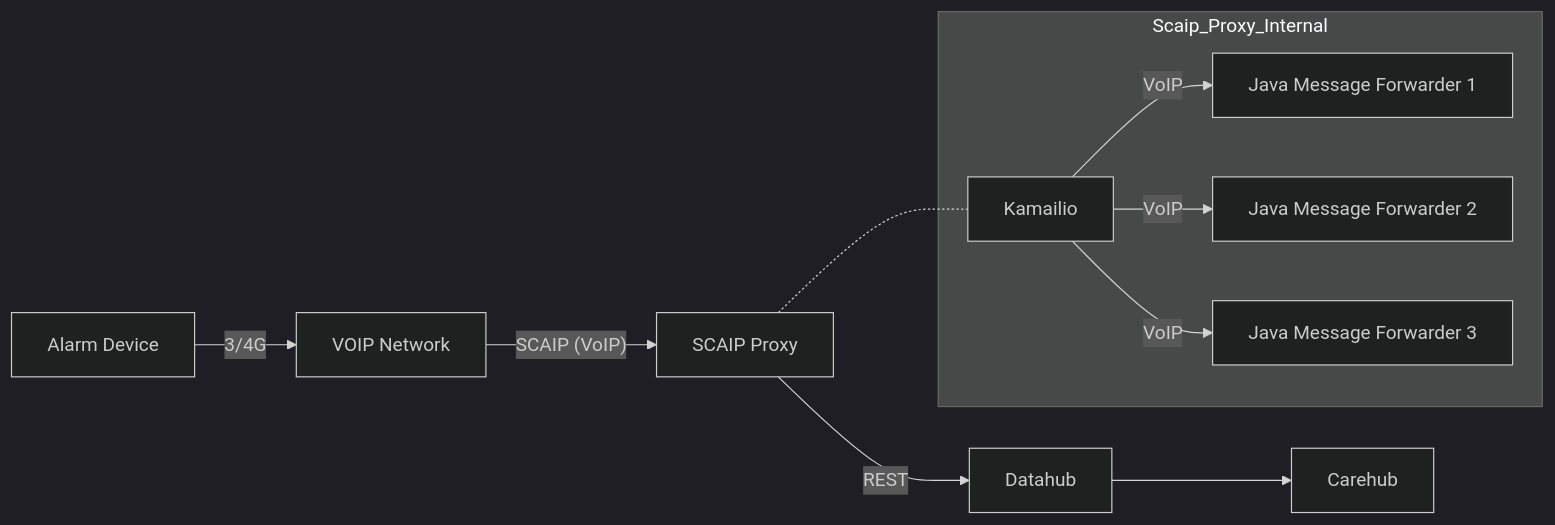
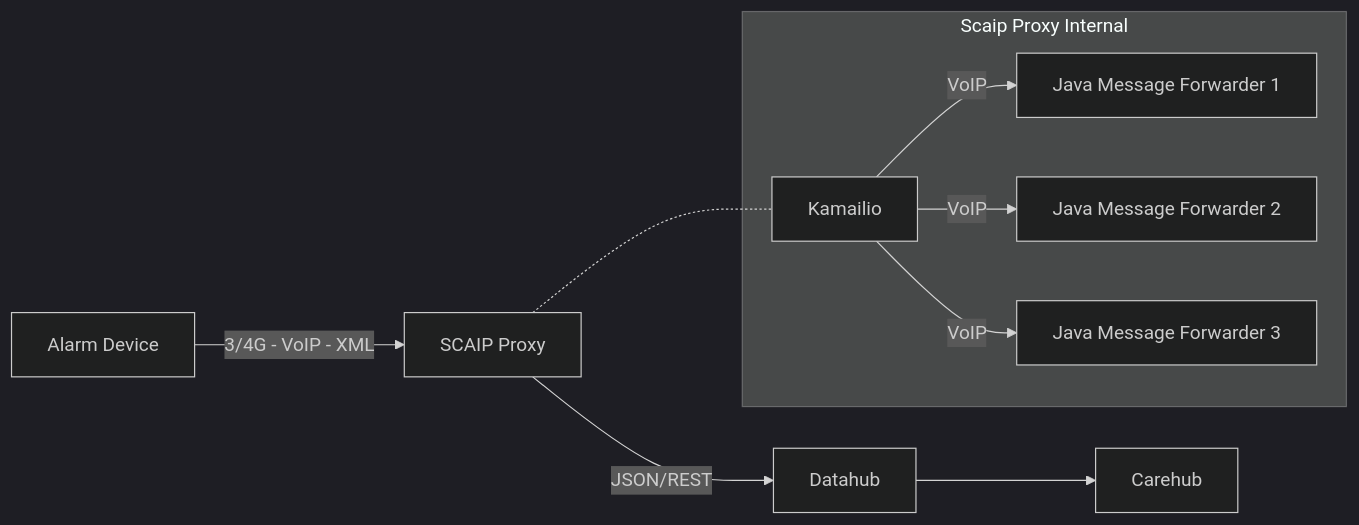
The first of 2 diagrams in README.md (Syntilio/Datahub-Scaip-Proxy), drawn with Mermaid (dark theme) before and after one commit.

````diff
--- a/README.md
+++ b/README.md
@@ -5,17 +5,16 @@
 ```mermaid
 flowchart LR
     %% Main Setup
-    A[Alarm Device] -- "3/4G" --> B[VOIP Network]
-    B -- "SCAIP (VoIP)" --> C[SCAIP Proxy]
-    C -- "REST" --> D[Datahub]
+    A[Alarm Device] -- "3/4G - VoIP - XML" --> C[SCAIP Proxy]
+    C -- " JSON/REST" --> D[Datahub]
     D --> E[Carehub]
 
     %% SCAIP Proxy Internal Flow (Kamailio load-balances over Java Message Forwarders)
-    subgraph Scaip_Proxy_Internal
+    subgraph "Scaip Proxy Internal"
         C1[Kamailio] -- "VoIP" --> C2[Java Message Forwarder 1]
         C1 -- "VoIP" --> C3[Java Message Forwarder 2]
         C1 -- "VoIP" --> C4[Java Message Forwarder 3]
     end
 
     C -.- C1
 ```
````
